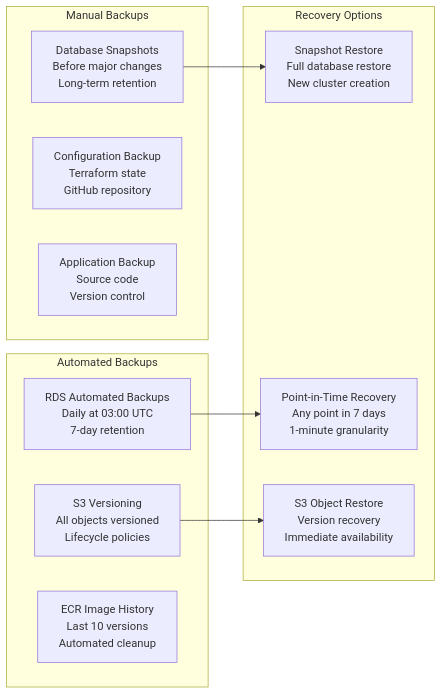
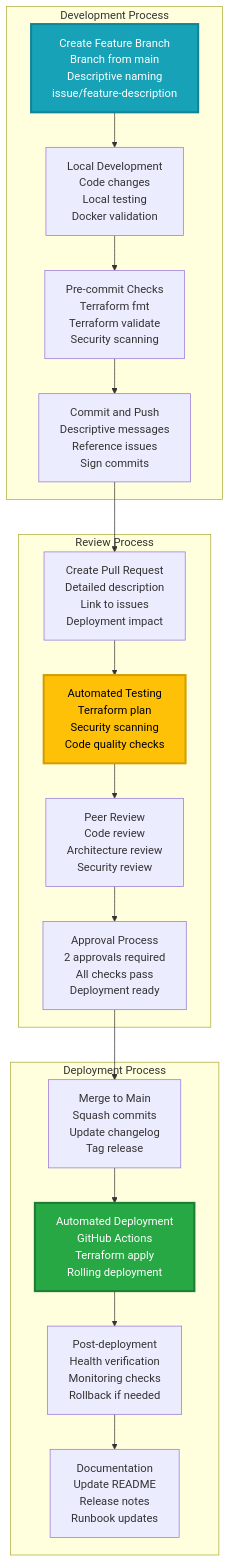
One commit to mangucletus/disaster-recovery-for-containerized-lamp-stack-application changed diagram 19 of 20 in README.md. Above: the diagram before and after it, drawn with Mermaid. The commit also changed other lines of this file, not shown here.

````diff
--- a/README.md
+++ b/README.md
@@ -800,24 +1488,41 @@
 ```mermaid
-graph LR
-    subgraph "Automated Backups"
-        RDS_Backup[RDS Automated Backups<br/>Daily at 03:00 UTC<br/>7-day retention]
-        S3_Versioning[S3 Versioning<br/>All objects versioned<br/>Lifecycle policies]
-        ECR_Images[ECR Image History<br/>Last 10 versions<br/>Automated cleanup]
+graph TD
+    subgraph "Development Process"
+        DEV1[Create Feature Branch<br/>Branch from main<br/>Descriptive naming<br/>issue/feature-description]
+        DEV2[Local Development<br/>Code changes<br/>Local testing<br/>Docker validation]
+        DEV3[Pre-commit Checks<br/>Terraform fmt<br/>Terraform validate<br/>Security scanning]
+        DEV4[Commit and Push<br/>Descriptive messages<br/>Reference issues<br/>Sign commits]
     end
     
-    subgraph "Manual Backups"
-        Snapshot[Database Snapshots<br/>Before major changes<br/>Long-term retention]
-        Config_Backup[Configuration Backup<br/>Terraform state<br/>GitHub repository]
-        App_Backup[Application Backup<br/>Source code<br/>Version control]
+    subgraph "Review Process"
+        REV1[Create Pull Request<br/>Detailed description<br/>Link to issues<br/>Deployment impact]
+        REV2[Automated Testing<br/>Terraform plan<br/>Security scanning<br/>Code quality checks]
+        REV3[Peer Review<br/>Code review<br/>Architecture review<br/>Security review]
+        REV4[Approval Process<br/>2 approvals required<br/>All checks pass<br/>Deployment ready]
     end
     
-    subgraph "Recovery Options"
-        PITR[Point-in-Time Recovery<br/>Any point in 7 days<br/>1-minute granularity]
-        Snapshot_Restore[Snapshot Restore<br/>Full database restore<br/>New cluster creation]
-        S3_Restore[S3 Object Restore<br/>Version recovery<br/>Immediate availability]
+    subgraph "Deployment Process"
+        DEP1[Merge to Main<br/>Squash commits<br/>Update changelog<br/>Tag release]
+        DEP2[Automated Deployment<br/>GitHub Actions<br/>Terraform apply<br/>Rolling deployment]
+        DEP3[Post-deployment<br/>Health verification<br/>Monitoring checks<br/>Rollback if needed]
+        DEP4[Documentation<br/>Update README<br/>Release notes<br/>Runbook updates]
     end
     
-    RDS_Backup --> PITR
-    Snapshot --> Snapshot_Restore
-    S3_Versioning --> S3_Restore
+    DEV1 --> DEV2
+    DEV2 --> DEV3
+    DEV3 --> DEV4
+    DEV4 --> REV1
+    
+    REV1 --> REV2
+    REV2 --> REV3
+    REV3 --> REV4
+    REV4 --> DEP1
+    
+    DEP1 --> DEP2
+    DEP2 --> DEP3
+    DEP3 --> DEP4
+    
+    style DEV1 fill:#17a2b8,color:#ffffff,stroke:#138496,stroke-width:3px
+    style REV2 fill:#ffc107,color:#000000,stroke:#d39e00,stroke-width:3px
+    style DEP2 fill:#28a745,color:#ffffff,stroke:#1e7e34,stroke-width:3px
 ```
````
